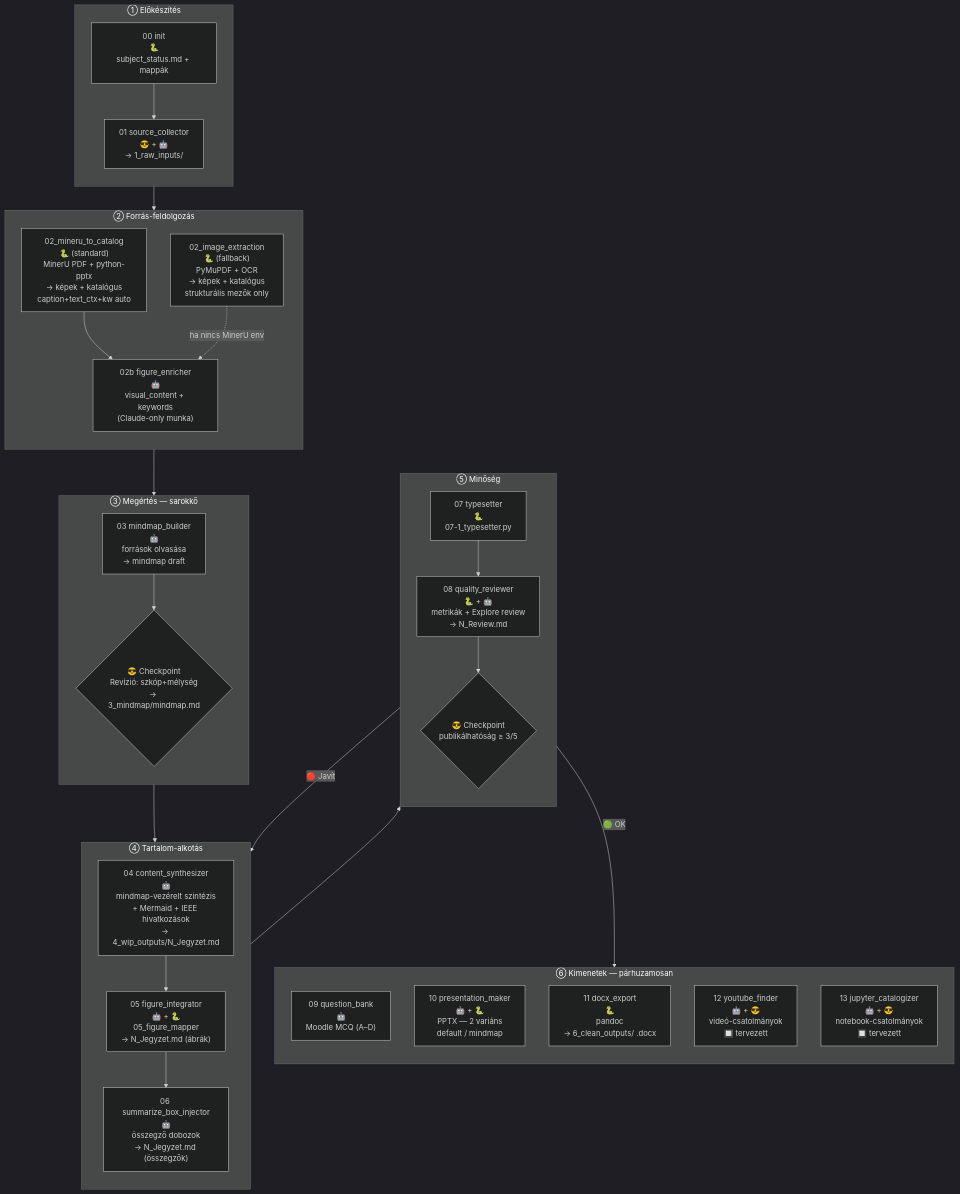
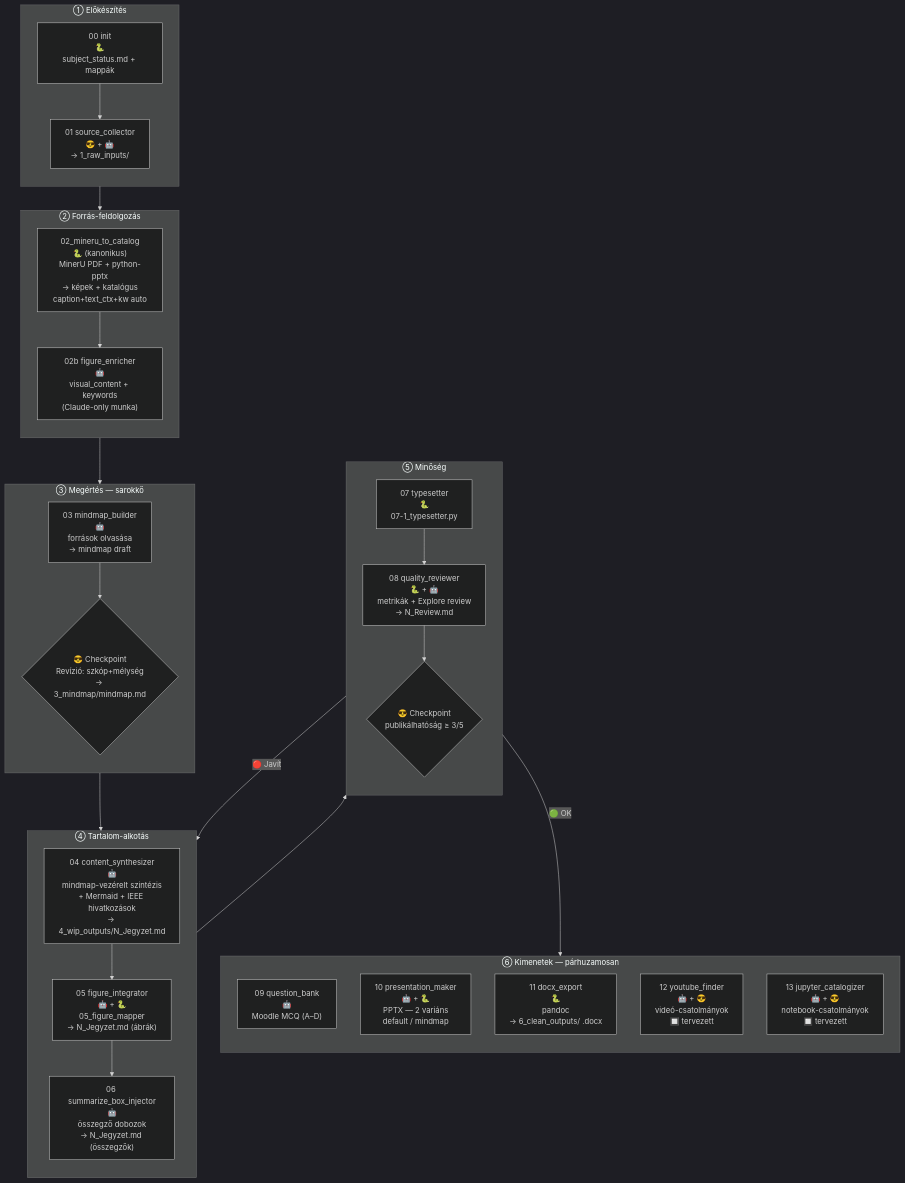
The diagram in .claude/pipeline.md (InutilemMachina/claude_course), drawn with Mermaid (dark theme) before and after one commit. The commit also changed other lines of this file and 6 other files, not shown here.

First line of the commit message:
refactor(02): MinerU-only — fallback + árva scriptek törlése (P2.3)

````diff
--- a/.claude/pipeline.md
+++ b/.claude/pipeline.md
@@ -56,54 +56,52 @@
 ```mermaid
 flowchart TD
     subgraph INIT["① Előkészítés"]
         direction TB
         I0["00 init<br>🐍<br>subject_status.md + mappák"]
         I1["01 source_collector<br>😎 + 🤖<br>→ 1_raw_inputs/"]
         I0 --> I1
     end
 
     subgraph EXT["② Forrás-feldolgozás"]
         direction TB
-        E1m["02_mineru_to_catalog<br>🐍 (standard)<br>MinerU PDF + python-pptx<br>→ képek + katalógus<br>caption+text_ctx+kw auto"]
-        E1["02_image_extraction<br>🐍 (fallback)<br>PyMuPDF + OCR<br>→ képek + katalógus<br>strukturális mezők only"]
+        E1m["02_mineru_to_catalog<br>🐍 (kanonikus)<br>MinerU PDF + python-pptx<br>→ képek + katalógus<br>caption+text_ctx+kw auto"]
         E2["02b figure_enricher<br>🤖<br>visual_content + keywords<br>(Claude-only munka)"]
         E1m --> E2
-        E1 -.->|"ha nincs MinerU env"| E2
     end
 
     subgraph UNDERSTAND["③ Megértés — sarokkő"]
         direction TB
         U1["03 mindmap_builder<br>🤖<br>források olvasása<br>→ mindmap draft"]
         U2{"😎 Checkpoint<br>Revízió: szkóp+mélység<br>→ 3_mindmap/mindmap.md"}
         U1 --> U2
     end
 
     subgraph CREATE["④ Tartalom-alkotás"]
         direction TB
         C1["04 content_synthesizer<br>🤖<br>mindmap-vezérelt szintézis<br>+ Mermaid + IEEE hivatkozások<br>→ 4_wip_outputs/N_Jegyzet.md"]
         C2["05 figure_integrator<br>🤖 + 🐍<br>05_figure_mapper<br>→ N_Jegyzet.md (ábrák)"]
         C3["06 summarize_box_injector<br>🤖<br>összegző dobozok<br>→ N_Jegyzet.md (összegzők)"]
         C1 --> C2 --> C3
     end
 
     subgraph QUALITY["⑤ Minőség"]
         direction TB
         Q1["07 typesetter<br>🐍<br>07-1_typesetter.py"]
         Q2["08 quality_reviewer<br>🐍 + 🤖<br>metrikák + Explore review<br>→ N_Review.md"]
         Q3{"😎 Checkpoint<br>publikálhatóság ≥ 3/5"}
         Q1 --> Q2 --> Q3
     end
 
     subgraph OUTPUT["⑥ Kimenetek — párhuzamosan"]
         direction TB
         O1["09 question_bank<br>🤖<br>Moodle MCQ (A–D)"]
         O2["10 presentation_maker<br>🤖 + 🐍<br>PPTX — 2 variáns<br>default / mindmap"]
         O3["11 docx_export<br>🐍<br>pandoc<br>→ 6_clean_outputs/ .docx"]
         O4["12 youtube_finder<br>🤖 + 😎<br>videó-csatolmányok<br>🔲 tervezett"]
         O5["13 jupyter_catalogizer<br>🤖 + 😎<br>notebook-csatolmányok<br>🔲 tervezett"]
     end
 
     INIT --> EXT --> UNDERSTAND --> CREATE --> QUALITY
     Q3 -->|"🟢 OK"| OUTPUT
     Q3 -->|"🔴 Javít"| CREATE
 ```
````
